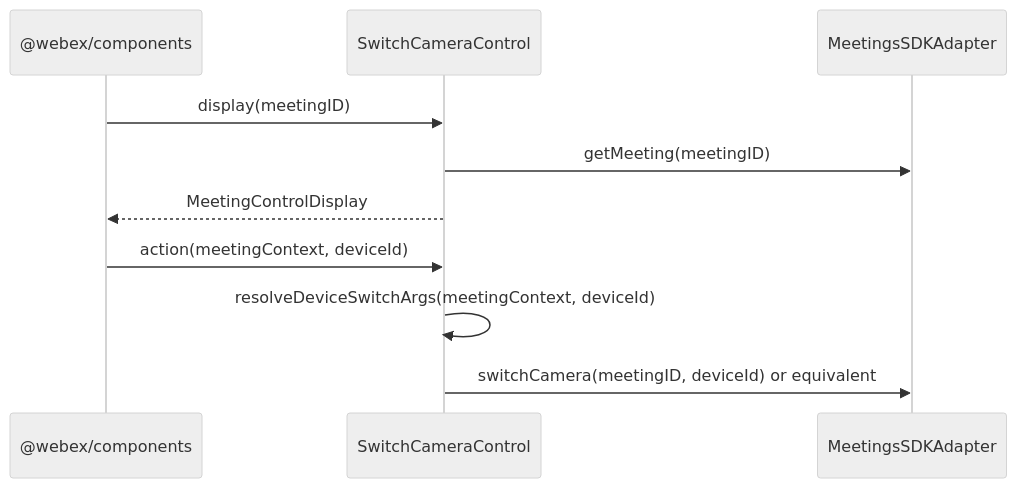
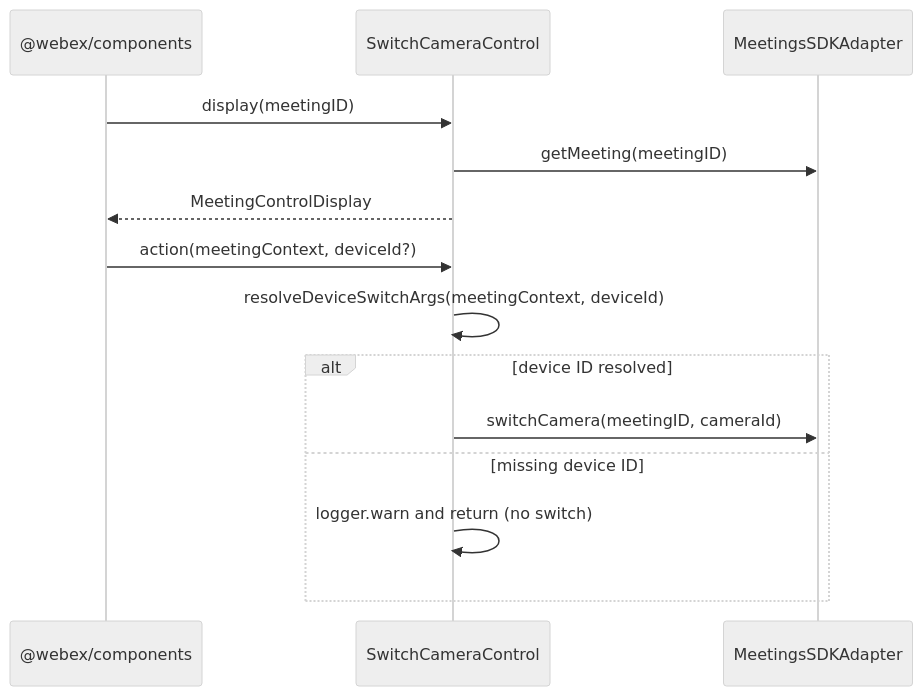
One commit to webex/sdk-component-adapter changed the eighth of 11 diagrams in src/ai-docs/meetings-sdk-adapter-spec.md. Above: the diagram before and after it, drawn with Mermaid (neutral theme). The commit also changed other lines of this file and 3 other files, not shown here.

````diff
--- a/src/ai-docs/meetings-sdk-adapter-spec.md
+++ b/src/ai-docs/meetings-sdk-adapter-spec.md
@@ -308,13 +308,17 @@
 ```mermaid
 sequenceDiagram
   participant Host as @webex/components
   participant Control as SwitchCameraControl
   participant Adapter as MeetingsSDKAdapter
 
   Host->>Control: display(meetingID)
   Control->>Adapter: getMeeting(meetingID)
   Control-->>Host: MeetingControlDisplay
-  Host->>Control: action(meetingContext, deviceId)
+  Host->>Control: action(meetingContext, deviceId?)
   Control->>Control: resolveDeviceSwitchArgs(meetingContext, deviceId)
-  Control->>Adapter: switchCamera(meetingID, deviceId) or equivalent
+  alt device ID resolved
+    Control->>Adapter: switchCamera(meetingID, cameraId)
+  else missing device ID
+    Control->>Control: logger.warn and return (no switch)
+  end
 ```
````
